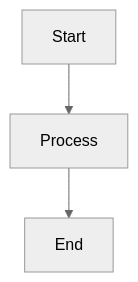
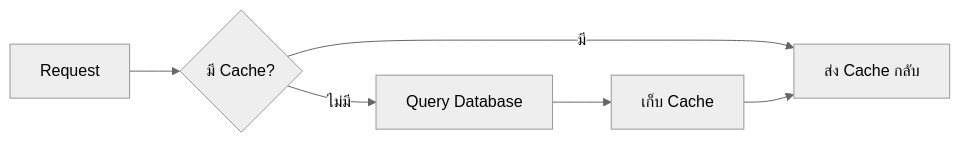
One commit to silkyland/laravel-training-cmru changed the diagram in docs/14-performance/01-caching.md. Above: the diagram before and after it, drawn with Mermaid (neutral theme). The commit also changed other lines of this file and 30 other files, not shown here.

````diff
--- a/docs/14-performance/01-caching.md
+++ b/docs/14-performance/01-caching.md
@@ -27,5 +26,8 @@
 ```mermaid
-graph TD
-    A[Start] --> B[Process]
-    B --> C[End]
+graph LR
+    A[Request] --> B{มี Cache?}
+    B -->|มี| C[ส่ง Cache กลับ]
+    B -->|ไม่มี| D[Query Database]
+    D --> E[เก็บ Cache]
+    E --> C
 ```
````
